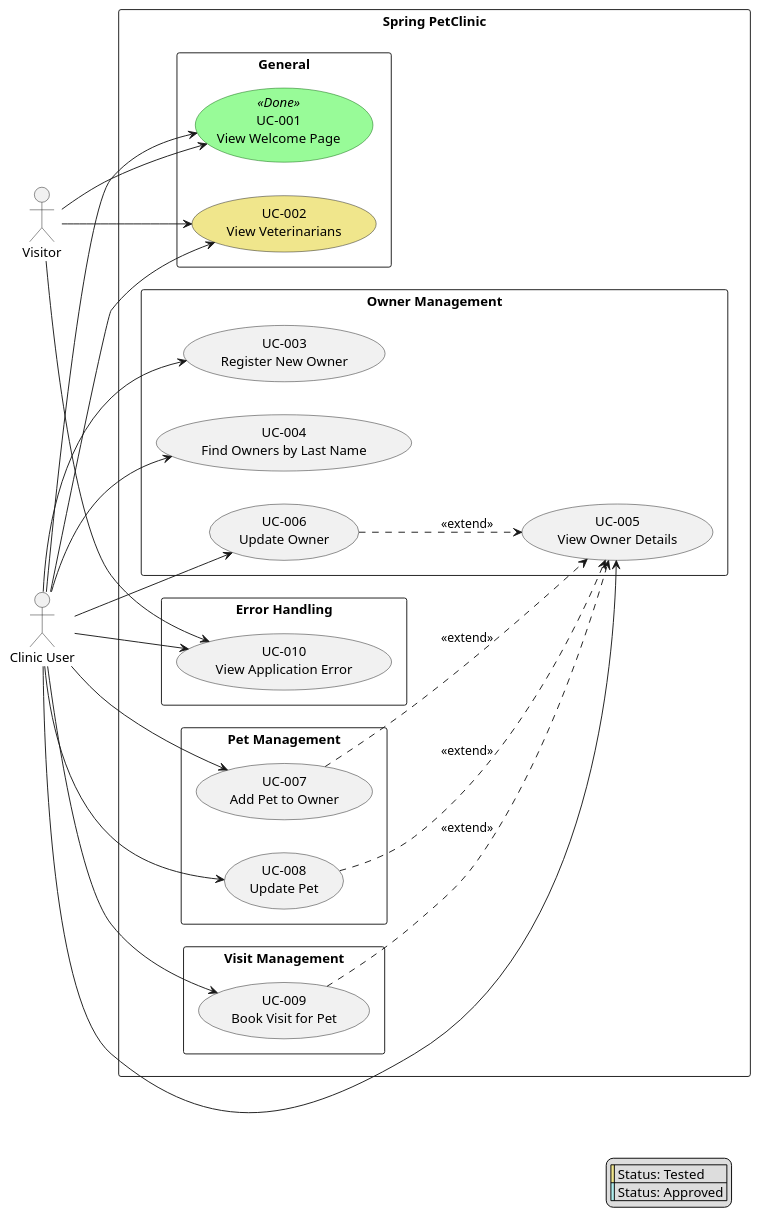
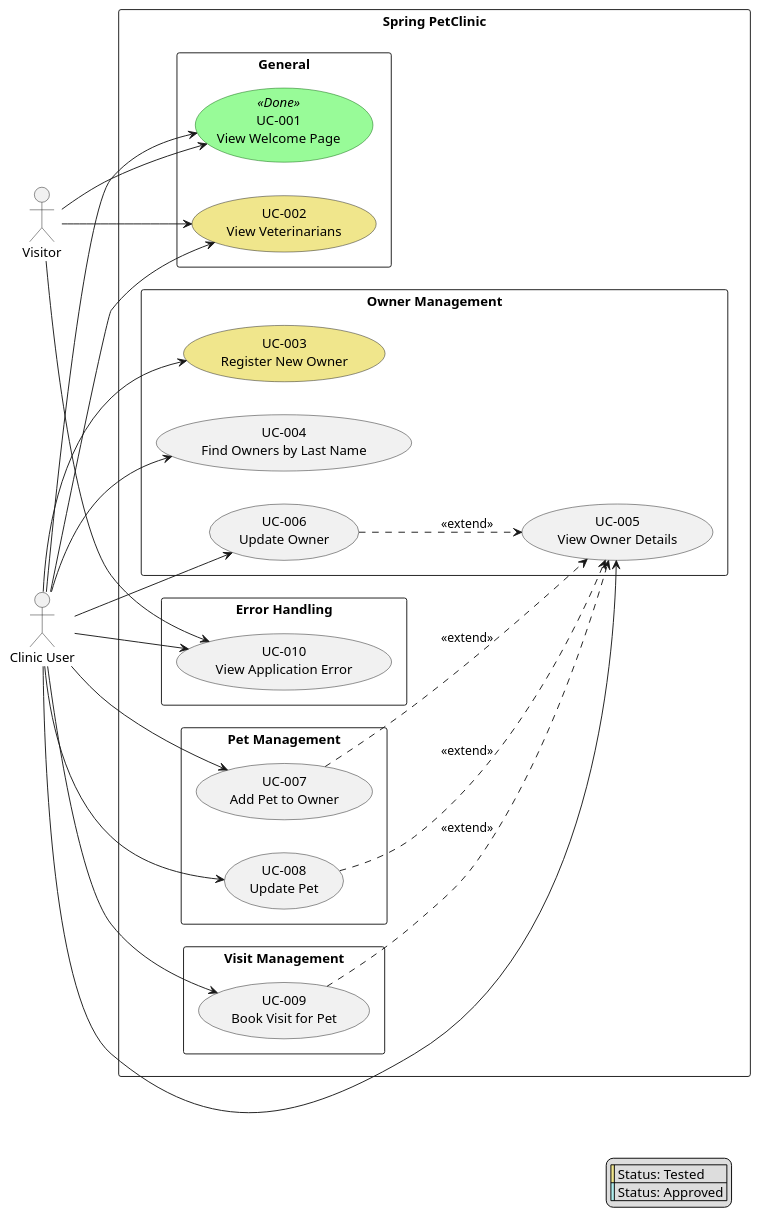
Before and after one commit to AI-Unified-Process/petclinic: the diagram in docs/use_cases.puml, drawn with PlantUML. The commit also changed 2 other files, not shown here.

```diff
--- a/docs/use_cases.puml
+++ b/docs/use_cases.puml
@@ -1,68 +1,68 @@
 @startuml Use Cases Overview
 left to right direction
 skinparam packageStyle rectangle
 skinparam usecase {
     BackgroundColor<<Done>> PaleGreen
     BorderColor<<Done>> DarkGreen
 }
 
 actor "Visitor" as visitor
 actor "Clinic User" as user
 
 rectangle "Spring PetClinic" {
 
     package "General" {
         usecase "UC-001\nView Welcome Page" as UC001 <<Done>>
         usecase "UC-002\nView Veterinarians" as UC002 #Khaki
     }
 
     package "Owner Management" {
-        usecase "UC-003\nRegister New Owner" as UC003
+        usecase "UC-003\nRegister New Owner" as UC003 #Khaki
         usecase "UC-004\nFind Owners by Last Name" as UC004
         usecase "UC-005\nView Owner Details" as UC005
         usecase "UC-006\nUpdate Owner" as UC006
     }
 
     package "Pet Management" {
         usecase "UC-007\nAdd Pet to Owner" as UC007
         usecase "UC-008\nUpdate Pet" as UC008
     }
 
     package "Visit Management" {
         usecase "UC-009\nBook Visit for Pet" as UC009
     }
 
     package "Error Handling" {
         usecase "UC-010\nView Application Error" as UC010
     }
 }
 
 ' Visitor — anonymous, read-only access
 visitor --> UC001
 visitor --> UC002
 visitor --> UC010
 
 ' Clinic User — inherits visitor access plus management use cases
 user --> UC001
 user --> UC002
 user --> UC003
 user --> UC004
 user --> UC005
 user --> UC006
 user --> UC007
 user --> UC008
 user --> UC009
 user --> UC010
 
 ' Relationships
 UC007 ..> UC005 : <<extend>>
 UC008 ..> UC005 : <<extend>>
 UC009 ..> UC005 : <<extend>>
 UC006 ..> UC005 : <<extend>>
 
 legend right
   |<#Khaki>| Status: Tested |
   |<#PaleTurquoise>| Status: Approved |
 endlegend
 
 @enduml
```
